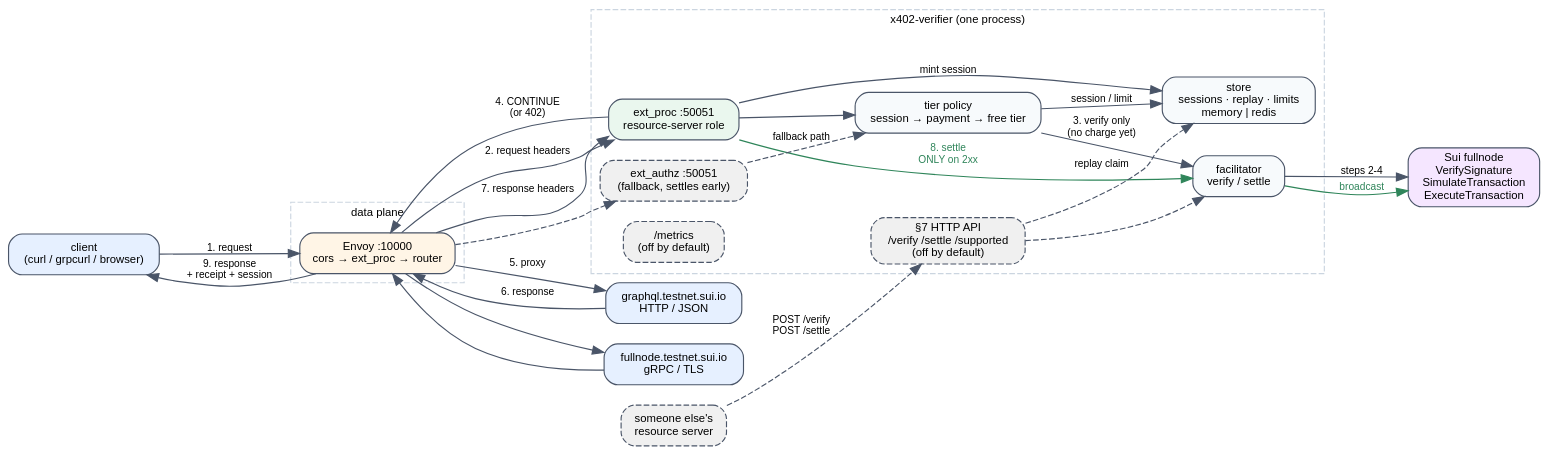
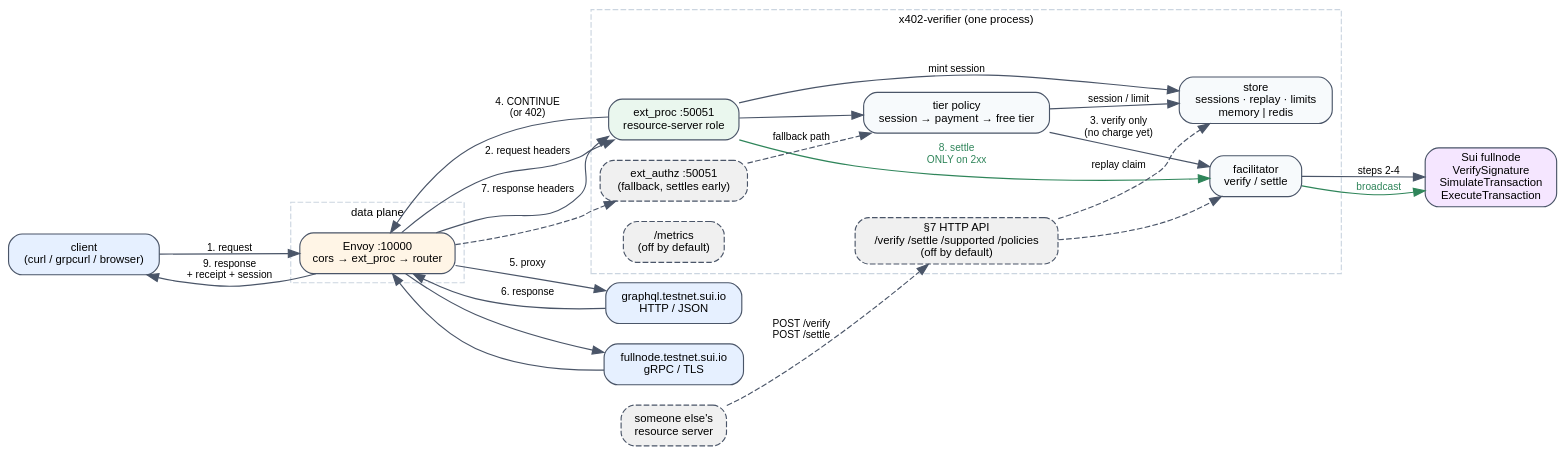
Before and after one commit to 0xfreak0/sui-x402-verifier: the diagram in docs/architecture.dot, drawn with Graphviz. The commit also changed 5 other files, not shown here.

```diff
--- a/docs/architecture.dot
+++ b/docs/architecture.dot
@@ -1,79 +1,79 @@
 // Architecture of sui-x402-verifier.
 //
 //   dot -Tsvg docs/architecture.dot -o docs/architecture.svg
 //   dot -Tpng docs/architecture.dot -o docs/architecture.png
 //
 // Two things this diagram is trying to make obvious, because both have caused
 // real confusion:
 //
 //   1. Envoy never calls /verify or /settle. On the gateway path, verification
 //      and settlement are in-process calls inside a single ext_proc exchange.
 //      The §7 HTTP API exists for OTHER people's resource servers.
 //
 //   2. Settlement happens on the RESPONSE, after the upstream has succeeded.
 //      That is the whole reason ext_proc is preferred over ext_authz.
 
 digraph x402 {
   rankdir=LR;
   bgcolor="transparent";
   node [fontname="Helvetica", fontsize=10, shape=box, style="rounded,filled", color="#4a5568", fillcolor="#f7fafc"];
   edge [fontname="Helvetica", fontsize=9, color="#4a5568"];
 
   client [label="client\n(curl / grpcurl / browser)", fillcolor="#e6f0ff"];
 
   subgraph cluster_gateway {
     label="data plane";
     fontname="Helvetica"; fontsize=10; color="#cbd5e0"; style=dashed;
     envoy [label="Envoy :10000\ncors → ext_proc → router", fillcolor="#fff5e6"];
   }
 
   subgraph cluster_verifier {
     label="x402-verifier (one process)";
     fontname="Helvetica"; fontsize=10; color="#cbd5e0"; style=dashed;
 
     extproc   [label="ext_proc :50051\nresource-server role", fillcolor="#eaf7ee"];
     extauthz  [label="ext_authz :50051\n(fallback, settles early)", fillcolor="#f0f0f0", style="rounded,filled,dashed"];
     policy    [label="tier policy\nsession → payment → free tier"];
     facil     [label="facilitator\nverify / settle"];
-    api       [label="§7 HTTP API\n/verify /settle /supported\n(off by default)", fillcolor="#f0f0f0", style="rounded,filled,dashed"];
+    api       [label="§7 HTTP API\n/verify /settle /supported /policies\n(off by default)", fillcolor="#f0f0f0", style="rounded,filled,dashed"];
     store     [label="store\nsessions · replay · limits\nmemory | redis"];
     metrics   [label="/metrics\n(off by default)", fillcolor="#f0f0f0", style="rounded,filled,dashed"];
   }
 
   subgraph cluster_upstreams {
     label="upstreams (gated)";
     fontname="Helvetica"; fontsize=10; color="#cbd5e0"; style=dashed;
     graphql [label="graphql.testnet.sui.io\nHTTP / JSON", fillcolor="#e6f0ff"];
     grpc    [label="fullnode.testnet.sui.io\ngRPC / TLS", fillcolor="#e6f0ff"];
   }
 
   chain [label="Sui fullnode\nVerifySignature\nSimulateTransaction\nExecuteTransaction", fillcolor="#f5e6ff"];
   other [label="someone else's\nresource server", fillcolor="#f0f0f0", style="rounded,filled,dashed"];
 
   client -> envoy [label="1. request"];
   envoy  -> extproc [label="2. request headers"];
   extproc -> policy;
   policy -> store [label="session / limit"];
   policy -> facil [label="3. verify only\n(no charge yet)"];
   facil -> chain [label="steps 2-4"];
   extproc -> envoy [label="4. CONTINUE\n(or 402)"];
   envoy -> graphql [label="5. proxy"];
   envoy -> grpc;
   graphql -> envoy [label="6. response"];
   grpc -> envoy;
   envoy -> extproc [label="7. response headers"];
   extproc -> facil [label="8. settle\nONLY on 2xx", color="#2f855a", fontcolor="#2f855a"];
   facil -> chain [label="broadcast", color="#2f855a", fontcolor="#2f855a"];
   extproc -> store [label="mint session"];
   envoy -> client [label="9. response\n+ receipt + session"];
 
   // The facilitator API is a separate consumer, not part of the gateway path.
   other -> api [label="POST /verify\nPOST /settle", style=dashed];
   api -> facil [style=dashed];
   api -> store [label="replay claim", style=dashed];
 
   extauthz -> policy [style=dashed, label="fallback path"];
   envoy -> extauthz [style=dashed];
 
   { rank=same; graphql; grpc; }
 }
```
